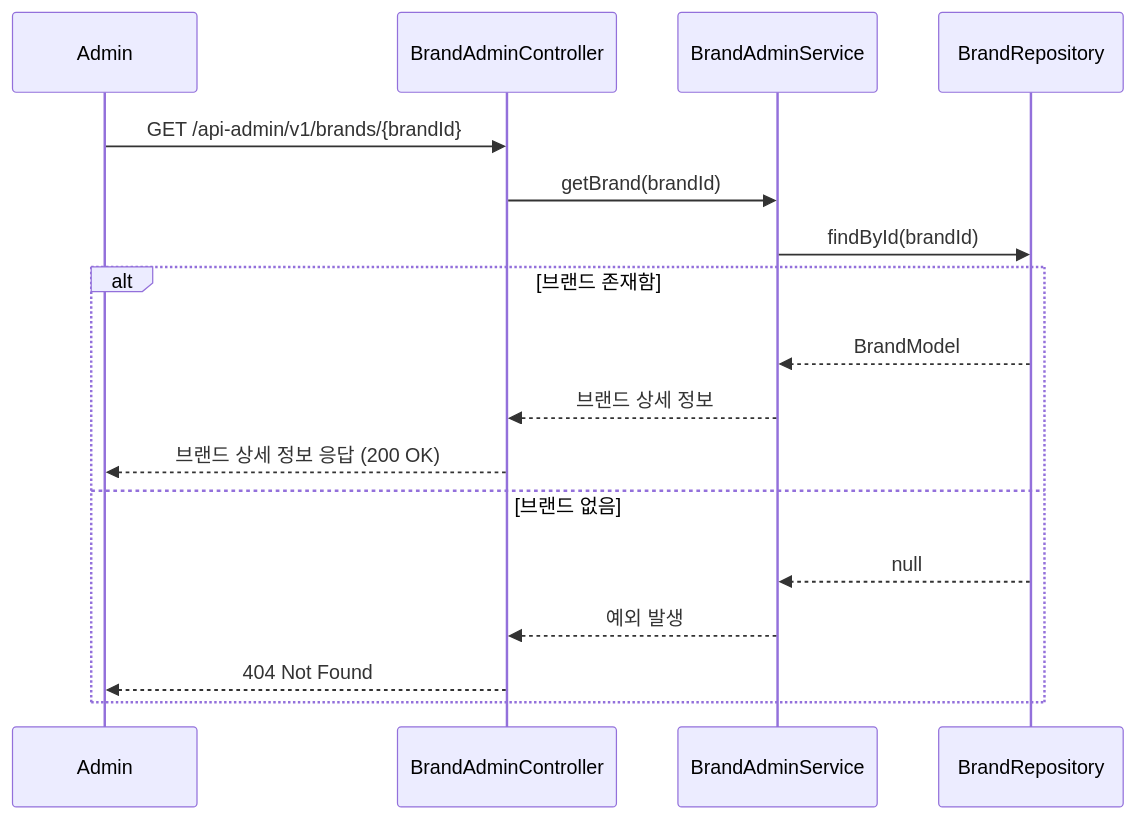
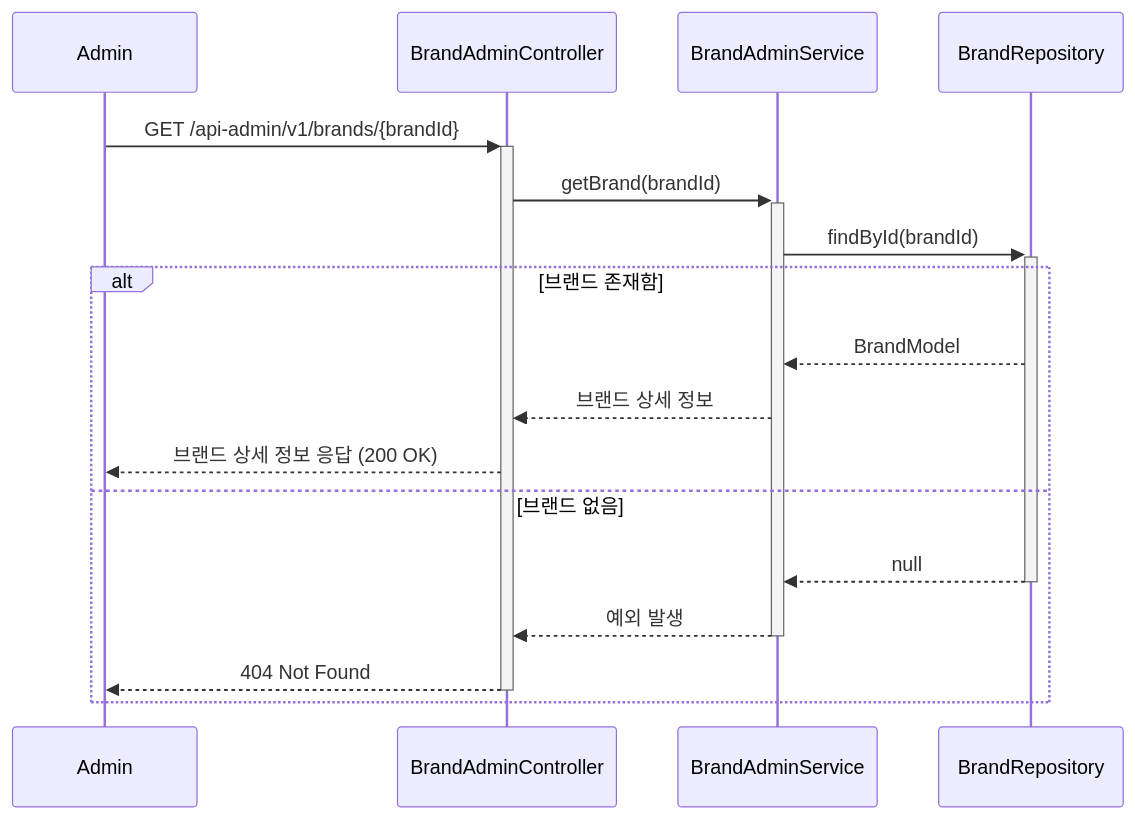
Before and after one commit to Loopers-dev-lab/loop-pack-be-l2-vol3-kotlin: the fifth of 21 diagrams in .docs/design/02-sequence-diagrams.md, drawn with Mermaid. The commit also changed other lines of this file, not shown here.

Commit message:
docs: 시퀀스 다이어그램 activation bar 추가

````diff
--- a/.docs/design/02-sequence-diagrams.md
+++ b/.docs/design/02-sequence-diagrams.md
@@ -125,21 +125,21 @@
 ```mermaid
 sequenceDiagram
     participant Admin
     participant BrandAdminController
     participant BrandAdminService
     participant BrandRepository
 
-    Admin ->> BrandAdminController: GET /api-admin/v1/brands/{brandId}
-    BrandAdminController ->> BrandAdminService: getBrand(brandId)
-    BrandAdminService ->> BrandRepository: findById(brandId)
-    
+    Admin ->>+ BrandAdminController: GET /api-admin/v1/brands/{brandId}
+    BrandAdminController ->>+ BrandAdminService: getBrand(brandId)
+    BrandAdminService ->>+ BrandRepository: findById(brandId)
+
     alt 브랜드 존재함
         BrandRepository -->> BrandAdminService: BrandModel
         BrandAdminService -->> BrandAdminController: 브랜드 상세 정보
         BrandAdminController -->> Admin: 브랜드 상세 정보 응답 (200 OK)
     else 브랜드 없음
-        BrandRepository -->> BrandAdminService: null
-        BrandAdminService -->> BrandAdminController: 예외 발생
-        BrandAdminController -->> Admin: 404 Not Found
+        BrandRepository -->>- BrandAdminService: null
+        BrandAdminService -->>- BrandAdminController: 예외 발생
+        BrandAdminController -->>- Admin: 404 Not Found
     end
 ```
````
